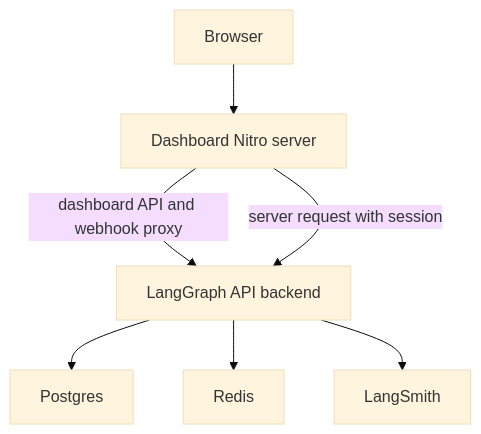
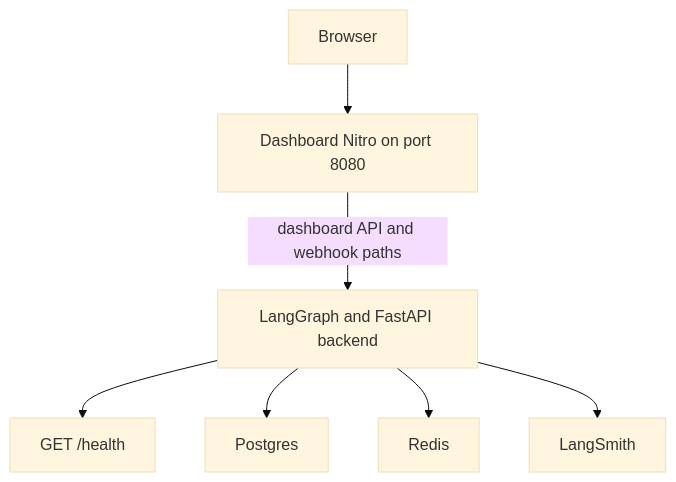
Before and after one commit to langchain-ai/open-swe: the second of 2 diagrams in openwiki/operations/deployment.md, drawn with Mermaid (base theme). The commit also changed other lines of this file and 52 other files, not shown here.

````diff
--- a/openwiki/operations/deployment.md
+++ b/openwiki/operations/deployment.md
@@ -158,9 +188,9 @@
 ```mermaid
 flowchart TD
-  Browser["Browser"] --> Dashboard["Dashboard Nitro server"]
-  Dashboard -->|"dashboard API and webhook proxy"| Backend["LangGraph API backend"]
-  Dashboard -->|"server request with session"| Backend
+  Browser["Browser"] --> Dashboard["Dashboard Nitro on port 8080"]
+  Dashboard -->|"dashboard API and webhook paths"| Backend["LangGraph and FastAPI backend"]
+  Backend --> Health["GET /health"]
   Backend --> Postgres["Postgres"]
   Backend --> Redis["Redis"]
   Backend --> LangSmith["LangSmith"]
 ```
````
